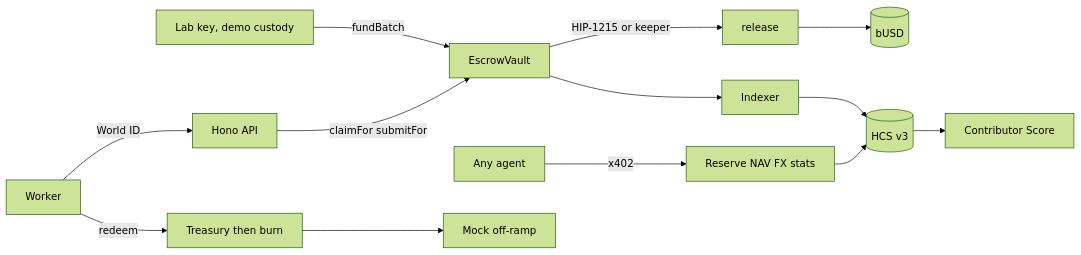
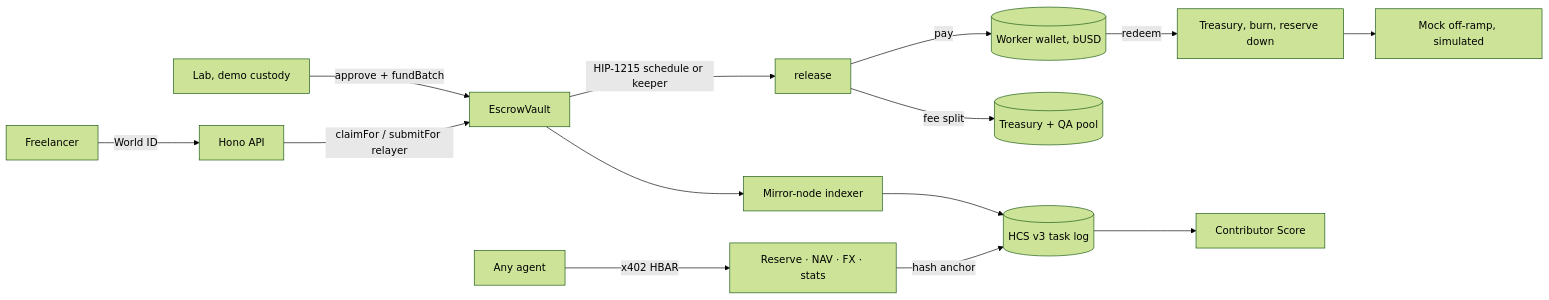
The first of 2 diagrams in README.md (bruce249/Ponos), drawn with Mermaid (forest theme) before and after one commit. The commit also changed other lines of this file and 36 other files, not shown here.

First line of the commit message:
Harden API guards, add dual review, client stats, CI

````diff
--- a/README.md
+++ b/README.md
@@ -80,15 +41,16 @@
 ```mermaid
 flowchart LR
-  Lab[Lab key, demo custody] -->|fundBatch| Escrow[EscrowVault]
-  Worker[Worker] -->|World ID| API[Hono API]
-  API -->|claimFor submitFor| Escrow
-  Escrow -->|HIP-1215 or keeper| Release[release]
-  Release --> bUSD[(bUSD)]
-  Escrow --> Indexer[Indexer]
-  Indexer --> HCS[(HCS v3)]
+  Lab[Lab, demo custody] -->|approve + fundBatch| Escrow[EscrowVault]
+  Worker[Freelancer] -->|World ID| API[Hono API]
+  API -->|claimFor / submitFor relayer| Escrow
+  Escrow -->|HIP-1215 schedule or keeper| Release[release]
+  Release -->|pay| Wallet[(Worker wallet, bUSD)]
+  Release -->|fee split| Fees[(Treasury + QA pool)]
+  Escrow --> Indexer[Mirror-node indexer]
+  Indexer --> HCS[(HCS v3 task log)]
   HCS --> Score[Contributor Score]
-  Agent[Any agent] -->|x402| Feed[Reserve NAV FX stats]
-  Feed --> HCS
-  Worker -->|redeem| Burn[Treasury then burn]
-  Burn --> Mock[Mock off-ramp]
+  Agent[Any agent] -->|x402 HBAR| Feed[Reserve · NAV · FX · stats]
+  Feed -->|hash anchor| HCS
+  Wallet -->|redeem| Burn[Treasury, burn, reserve down]
+  Burn --> Mock[Mock off-ramp, simulated]
 ```
````
